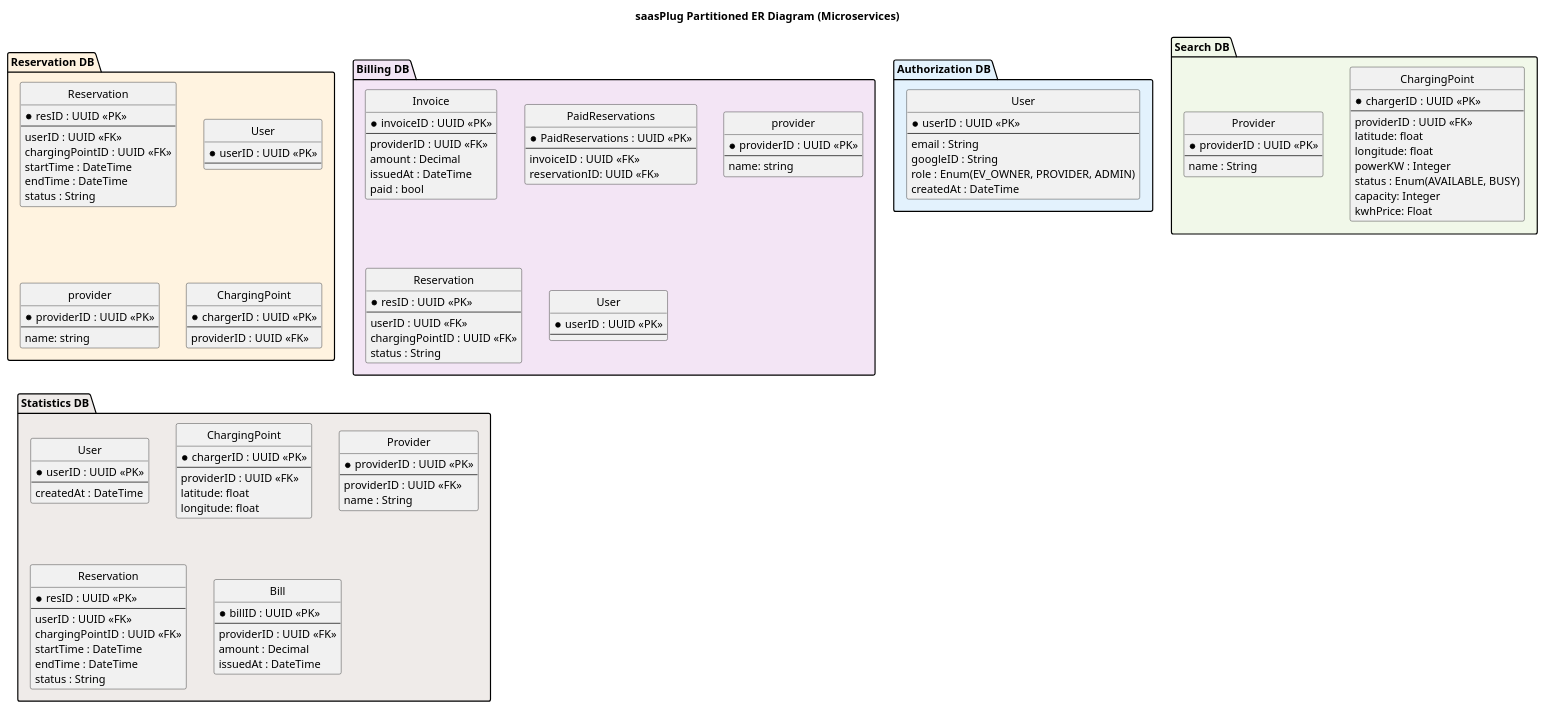
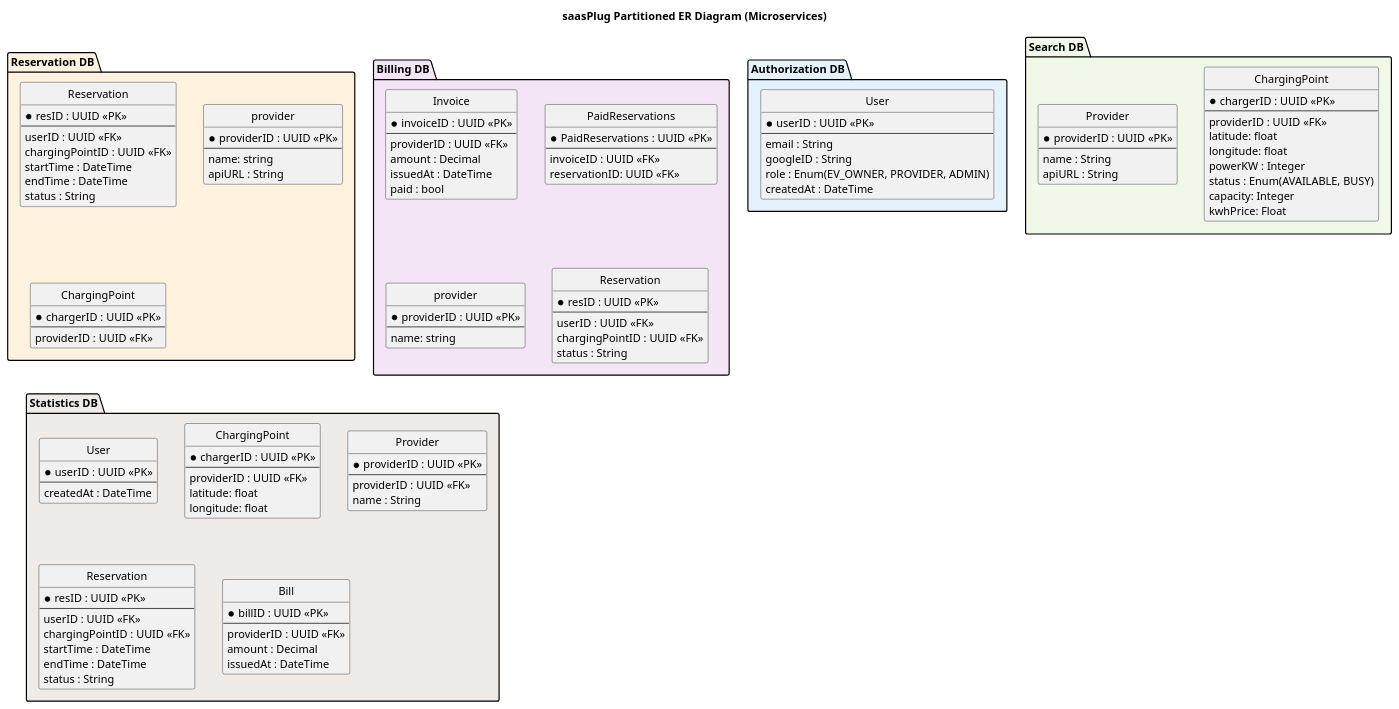
One commit to Angelosef/saas_plug_diagrams changed the diagram in puml_diagrams/er.puml. Above: the diagram before and after it, drawn with PlantUML.

Commit message:
minor fix

```diff
--- a/puml_diagrams/er.puml
+++ b/puml_diagrams/er.puml
@@ -1,150 +1,142 @@
 @startuml er_diagram
 title saasPlug Partitioned ER Diagram (Microservices)
 
 ' Formatting
 hide circle
 skinparam Linetype ortho
 
 package "Authorization DB" #E3F2FD {
   entity "User" as user {
     * userID : UUID <<PK>>
     --
     email : String
     googleID : String
     role : Enum(EV_OWNER, PROVIDER, ADMIN)
     createdAt : DateTime
   }
 }
 
 package "Search DB" #F1F8E9 {
   
   entity "ChargingPoint" as charger {
     * chargerID : UUID <<PK>>
     --
     providerID : UUID <<FK>>
     latitude: float
     longitude: float
     powerKW : Integer
     status : Enum(AVAILABLE, BUSY)
     capacity: Integer
     kwhPrice: Float
   }
 
   entity "Provider" as provider {
     * providerID : UUID <<PK>>
     --
     name : String
+    apiURL : String
   }
 
 }
 
 package "Reservation DB" #FFF3E0 {
   entity "Reservation" as res {
     * resID : UUID <<PK>>
     --
     userID : UUID <<FK>>
     chargingPointID : UUID <<FK>>
     startTime : DateTime
     endTime : DateTime
     status : String
   }
 
-  entity "User" as user {
-    * userID : UUID <<PK>>
-    --
-  }
-
   entity "provider" as provider {
     * providerID : UUID <<PK>>
     --
     name: string
+    apiURL : String
   }
 
   entity "ChargingPoint" as charger {
     * chargerID : UUID <<PK>>
     --
     providerID : UUID <<FK>>
   }
 }
 
 package "Billing DB" #F3E5F5 {
   entity "Invoice" as invoice {
     * invoiceID : UUID <<PK>>
     --
     providerID : UUID <<FK>>
     amount : Decimal
     issuedAt : DateTime
     paid : bool
   }
 
   entity "PaidReservations" as paid {
     * PaidReservations : UUID <<PK>>
     --
     invoiceID : UUID <<FK>>
     reservationID: UUID <<FK>>
   }
 
   entity "provider" as provider {
     * providerID : UUID <<PK>>
     --
     name: string
   }
 
   entity "Reservation" as res {
     * resID : UUID <<PK>>
     --
     userID : UUID <<FK>>
     chargingPointID : UUID <<FK>>
     status : String
-  }
-
-  entity "User" as user {
-    * userID : UUID <<PK>>
-    --
   }
 
 }
 
 package "Statistics DB" #EFEBE9 {
     entity "User" as user {
     * userID : UUID <<PK>>
     --
     createdAt : DateTime
   }
 
   entity "ChargingPoint" as charger {
     * chargerID : UUID <<PK>>
     --
     providerID : UUID <<FK>>
     latitude: float
     longitude: float
   }
 
   entity "Provider" as provider {
     * providerID : UUID <<PK>>
     --
     providerID : UUID <<FK>>
     name : String
   }
 
   entity "Reservation" as res {
     * resID : UUID <<PK>>
     --
     userID : UUID <<FK>>
     chargingPointID : UUID <<FK>>
     startTime : DateTime
     endTime : DateTime
     status : String
   }
 
   entity "Bill" as bill {
     * billID : UUID <<PK>>
     --
     providerID : UUID <<FK>>
     amount : Decimal
     issuedAt : DateTime
   }
     
 }
 
 @enduml
```
